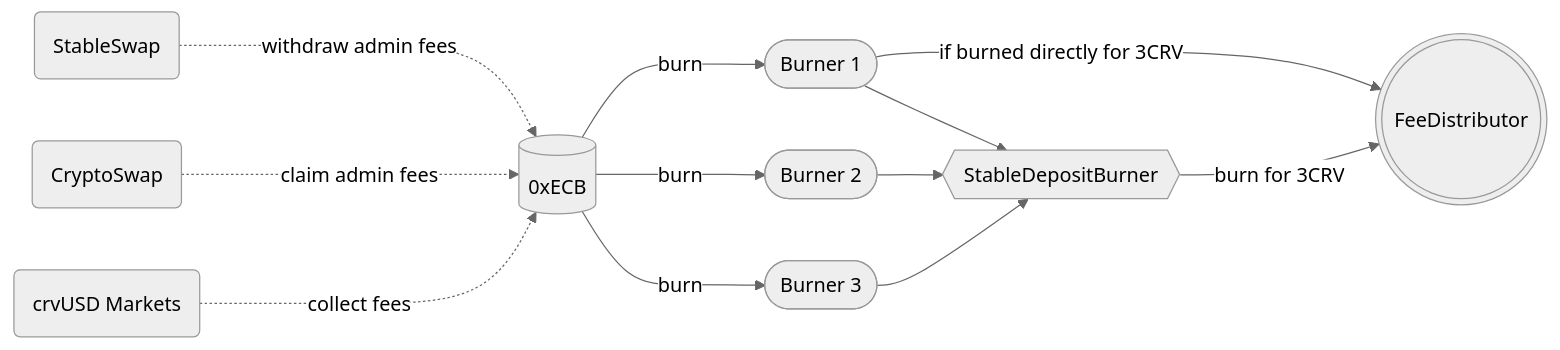
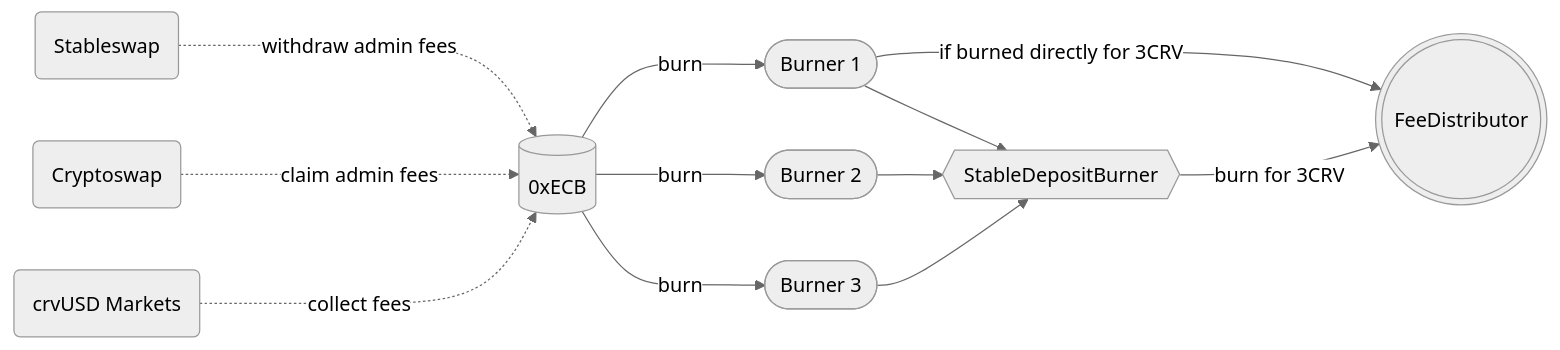
The diagram in docs/fees/original-architecture/burner.md (CurveDocs/curve-docs), drawn with Mermaid (neutral theme) before and after one commit. The commit also changed other lines of this file and 127 other files, not shown here.

````diff
--- a/docs/fees/original-architecture/burner.md
+++ b/docs/fees/original-architecture/burner.md
@@ -22,18 +22,18 @@
 ```mermaid
 flowchart LR
 
   p[(0xECB)]
-  v1(StableSwap) ..->|withdraw admin fees| p;
-  v2(CryptoSwap) ..-> |claim admin fees| p;
+  v1(Stableswap) ..->|withdraw admin fees| p;
+  v2(Cryptoswap) ..-> |claim admin fees| p;
   crvUSD(crvUSD Markets) ..-> |collect fees| p;
 
   p --->|burn| b1([Burner 1]);
   p -->|burn| b2([Burner 2]);
   p -->|burn| b3([Burner 3]);
 
   b1 --> ub{{StableDepositBurner}}
   b1 --> |if burned directly for 3CRV| fd(((FeeDistributor)))
   b2 --> ub
   b3 --> ub
   ub --> |burn for 3CRV| fd
 ```
````
